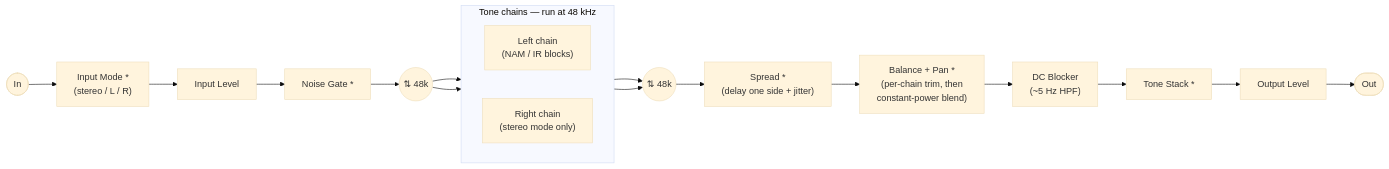
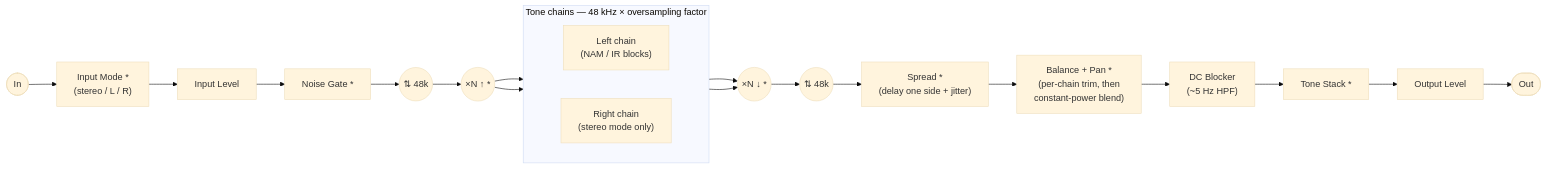
Before and after one commit to tone-3000/tone3000-plugin: the first of 2 diagrams in README.md, drawn with Mermaid (base theme). The commit also changed other lines of this file and 28 other files, not shown here.

````diff
--- a/README.md
+++ b/README.md
@@ -191,22 +191,24 @@
 ```mermaid
 flowchart LR
     IN([In]) --> IM["Input Mode&nbsp;*<br/>(stereo / L / R)"]
     IM --> IG["Input Level"]
     IG --> GATE["Noise Gate&nbsp;*"]
     GATE --> RS(("⇅ 48k"))
-    subgraph CHAINS["Tone chains — run at 48 kHz"]
+    RS --> OS(("×N ↑&nbsp;*"))
+    subgraph CHAINS["Tone chains — 48 kHz × oversampling factor"]
         direction LR
         CL["Left chain<br/>(NAM / IR blocks)"]
         CR["Right chain<br/>(stereo mode only)"]
     end
-    RS --> CL
-    RS --> CR
-    CL --> RS2(("⇅ 48k"))
-    CR --> RS2
+    OS --> CL
+    OS --> CR
+    CL --> OS2(("×N ↓&nbsp;*"))
+    CR --> OS2
+    OS2 --> RS2(("⇅ 48k"))
     RS2 --> SPREAD["Spread&nbsp;*<br/>(delay one side + jitter)"]
     SPREAD --> PAN["Balance + Pan&nbsp;*<br/>(per-chain trim, then<br/>constant-power blend)"]
     PAN --> DCB["DC Blocker<br/>(~5 Hz HPF)"]
     DCB --> TS["Tone Stack&nbsp;*"]
     TS --> OG["Output Level"]
     OG --> OUT([Out])
 ```
````
